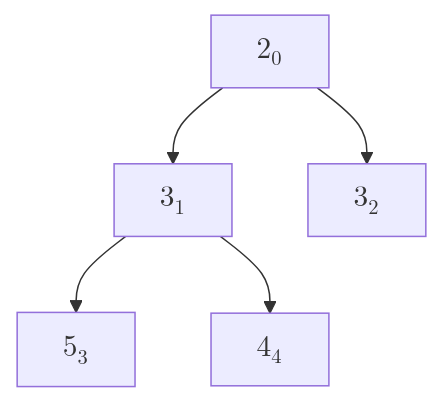
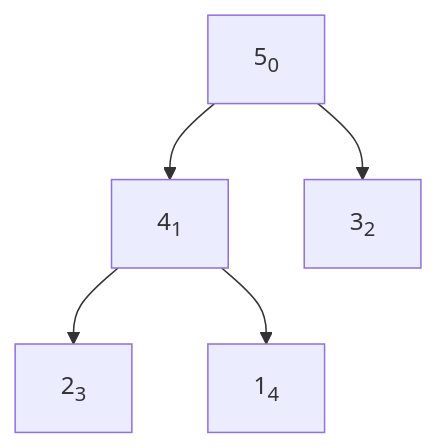
Before and after one commit to cafewang/cafewang.github.io: the sixth of 15 diagrams in _posts/2024-12-17-sort-four.md, drawn with Mermaid. The commit also changed other lines of this file, not shown here.

Commit message:
fix mermaid done

````diff
--- a/_posts/2024-12-17-sort-four.md
+++ b/_posts/2024-12-17-sort-four.md
@@ -93,12 +131,12 @@
 ```mermaid
 
 graph TD 
-A["$$2_0$$"]
-B["$$\mathbf{3_1}$$"]
-C["$$3_2$$"]
-D["$$\mathbf{5_3}$$"]
-E["$$4_4$$"]
+A["5<sub>0</sub>"]
+B["4<sub>1</sub>"]
+C["3<sub>2</sub>"]
+D["2<sub>3</sub>"]
+E["1<sub>4</sub>"]
 
 A --> B & C
 B --> D & E
 ```
````
